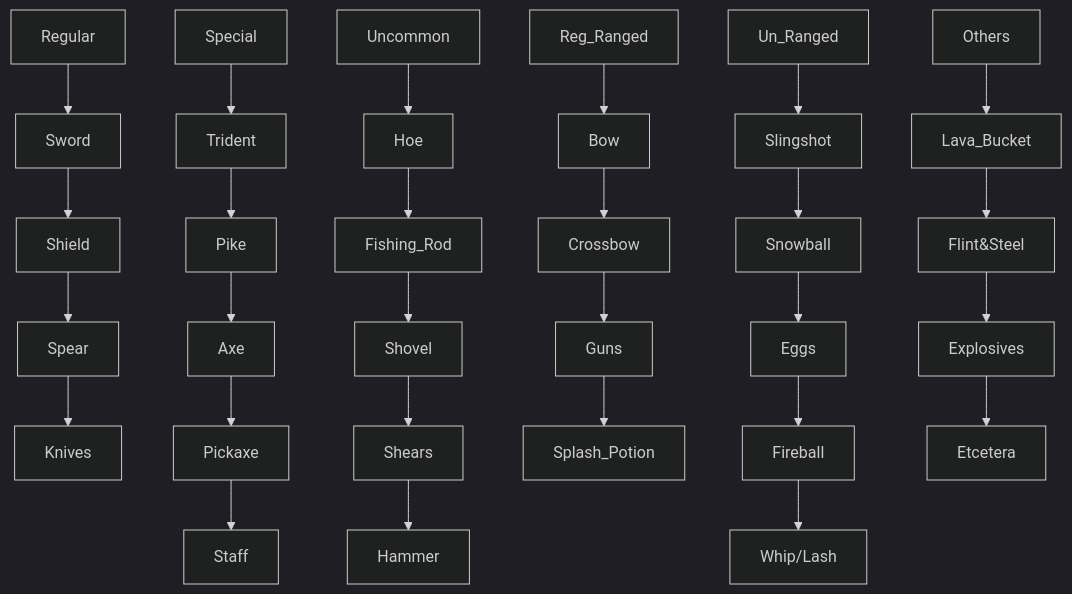
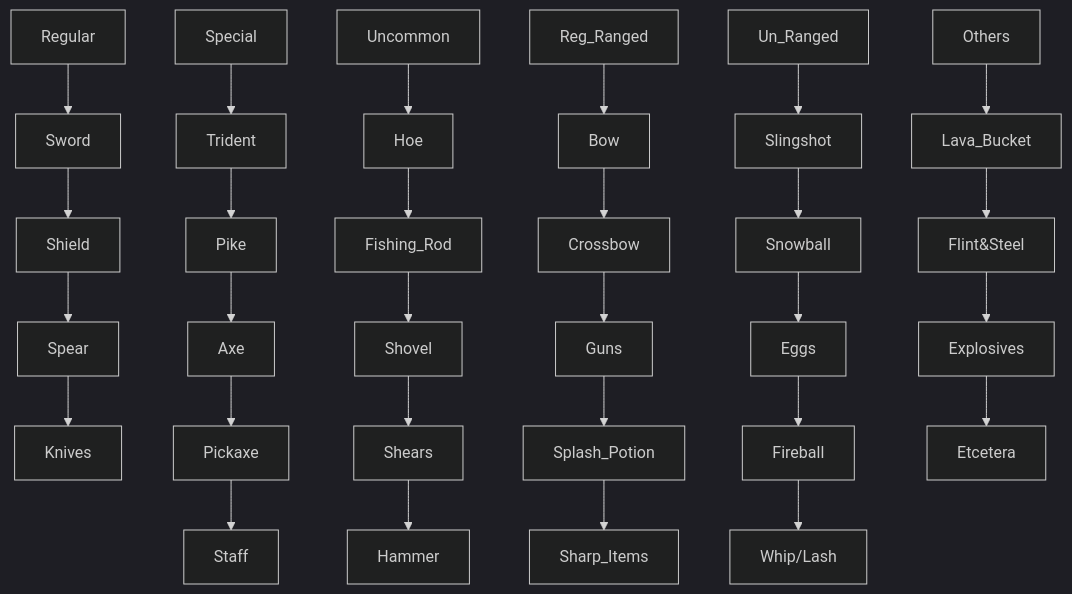
Before and after one commit to ColziandKing/RSCUniverse: the diagram in Production☪️.md, drawn with Mermaid (dark theme).

````diff
--- a/Production☪️.md
+++ b/Production☪️.md
@@ -17,35 +17,36 @@
 ```mermaid
 graph TD;
     Regular-->Sword;
     Sword-->Shield;
     Shield-->Spear;
     Spear-->Knives;
     
     Special-->Trident;
     Trident-->Pike;
     Pike-->Axe;
     Axe-->Pickaxe;
     Pickaxe-->Staff;
     
     Uncommon-->Hoe;
     Hoe-->Fishing_Rod;
     Fishing_Rod-->Shovel;
     Shovel-->Shears;
     Shears-->Hammer;
     
     Reg_Ranged-->Bow;
     Bow-->Crossbow;
     Crossbow-->Guns;
     Guns-->Splash_Potion;
+    Splash_Potion-->Sharp_Items;
     
     Un_Ranged-->Slingshot;
     Slingshot-->Snowball;
     Snowball-->Eggs;
     Eggs-->Fireball;
     Fireball-->Whip/Lash;
     
     Others-->Lava_Bucket;
     Lava_Bucket-->Flint&Steel;
     Flint&Steel-->Explosives;
     Explosives-->Etcetera;
 ```
````
